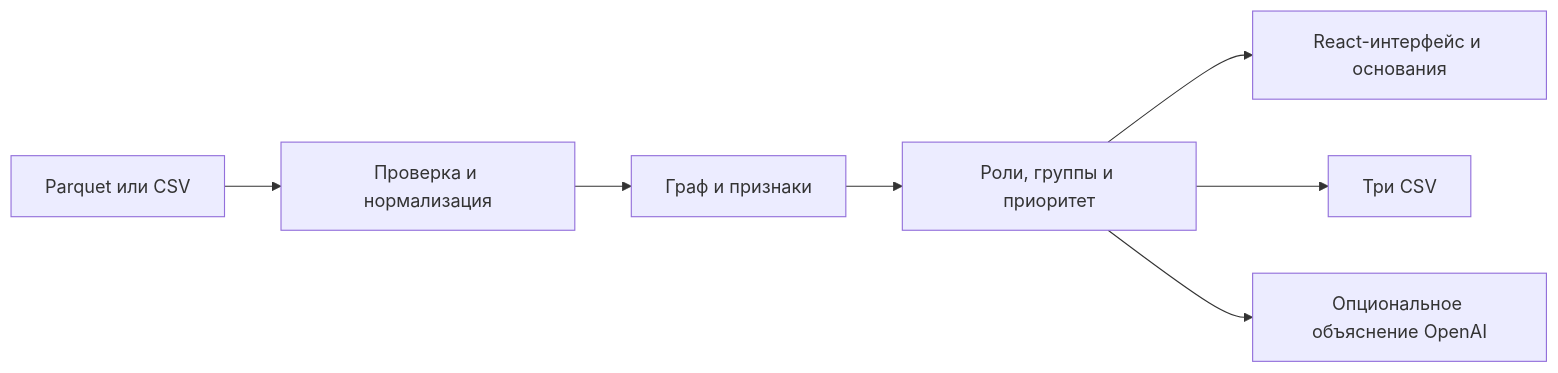
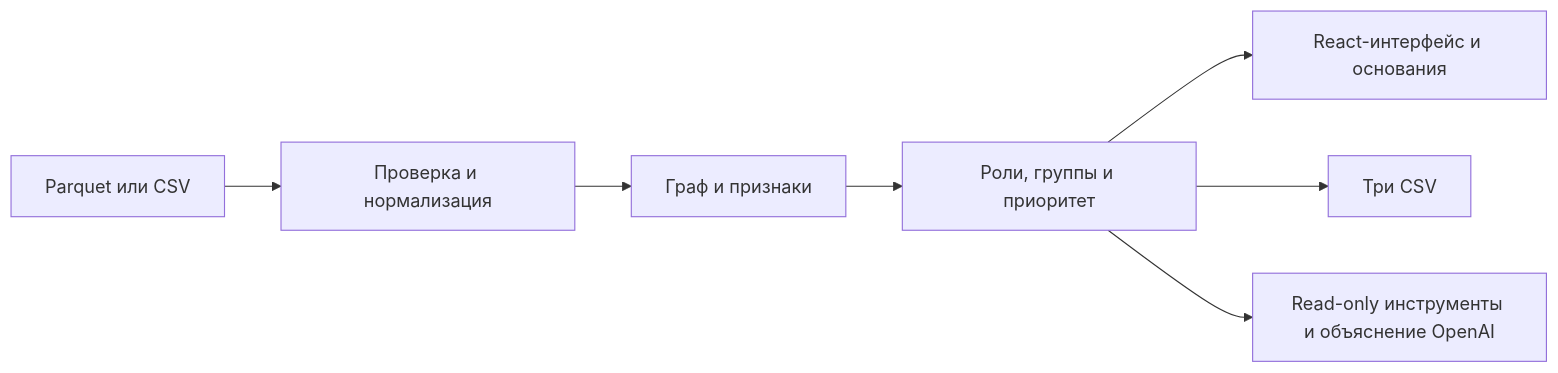
The diagram in README.md (BAITC-Hacks/hack-7c0a290a-skywhywalker), drawn with Mermaid before and after one commit. The commit also changed other lines of this file and 25 other files, not shown here.

````diff
--- a/README.md
+++ b/README.md
@@ -121,9 +183,9 @@
 ```mermaid
 flowchart LR
   A[Parquet или CSV] --> B[Проверка и нормализация]
   B --> C[Граф и признаки]
   C --> D[Роли, группы и приоритет]
   D --> E[React-интерфейс и основания]
   D --> F[Три CSV]
-  D --> G[Опциональное объяснение OpenAI]
+  D --> G[Read-only инструменты и объяснение OpenAI]
 ```
````
